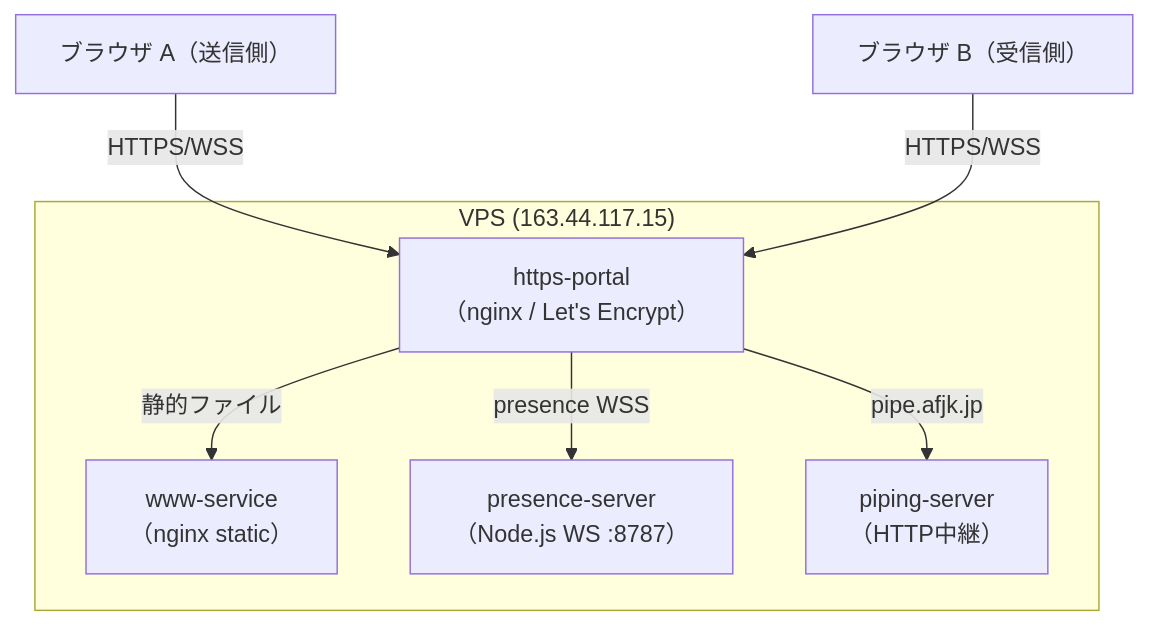
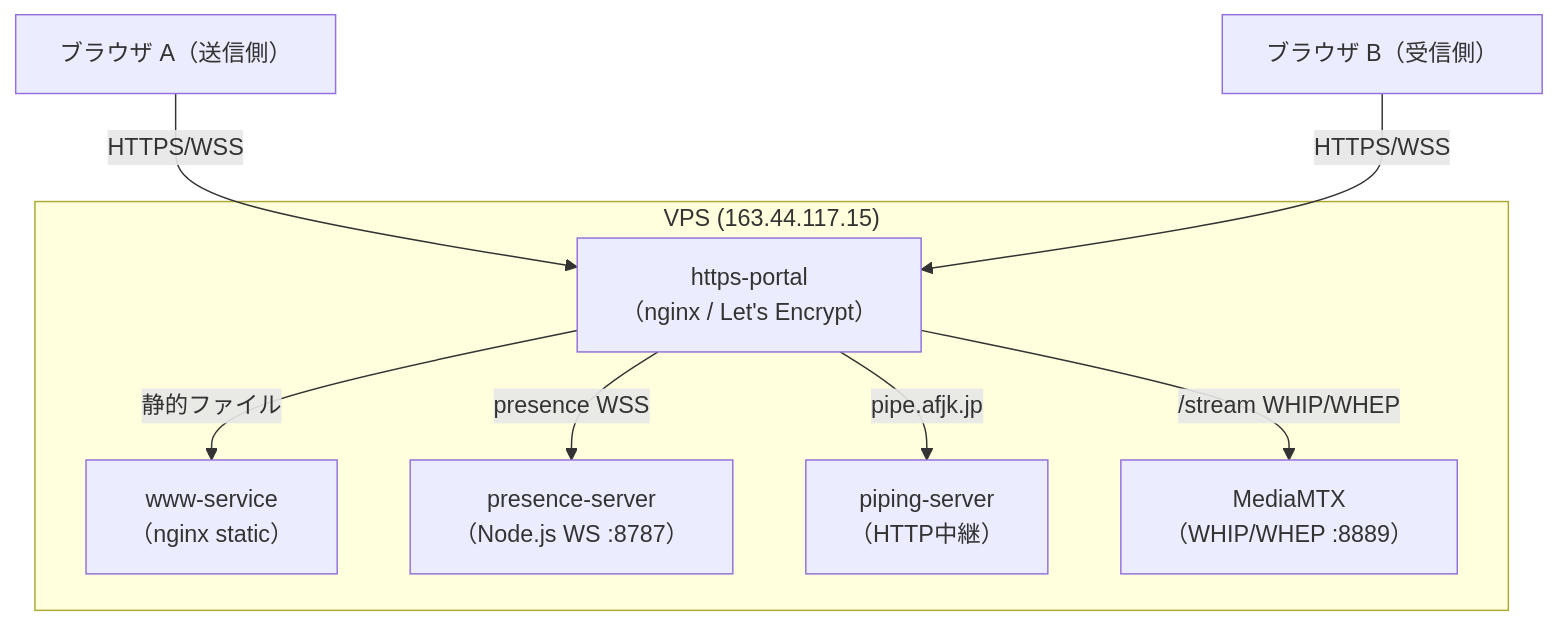
The first of 10 diagrams in docs/pipe-spec.md (afjk/afjk.jp), drawn with Mermaid before and after one commit. The commit also changed other lines of this file and 1 other file, not shown here.

````diff
--- a/docs/pipe-spec.md
+++ b/docs/pipe-spec.md
@@ -20,18 +20,20 @@
 ```mermaid
 graph TB
     Browser1["ブラウザ A（送信側）"]
     Browser2["ブラウザ B（受信側）"]
 
     subgraph VPS["VPS (163.44.117.15)"]
         Portal["https-portal\n（nginx / Let's Encrypt）"]
         WWW["www-service\n（nginx static）"]
         Presence["presence-server\n（Node.js WS :8787）"]
         Piping["piping-server\n（HTTP中継）"]
+        MediaMTX["MediaMTX\n（WHIP/WHEP :8889）"]
     end
 
     Browser1 -->|HTTPS/WSS| Portal
     Browser2 -->|HTTPS/WSS| Portal
     Portal -->|静的ファイル| WWW
     Portal -->|presence WSS| Presence
     Portal -->|pipe.afjk.jp| Piping
+    Portal -->|/stream WHIP/WHEP| MediaMTX
 ```
````
